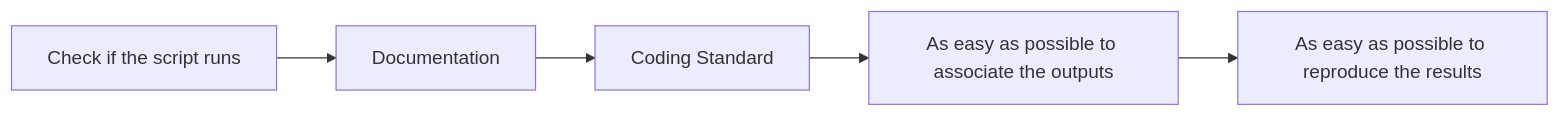
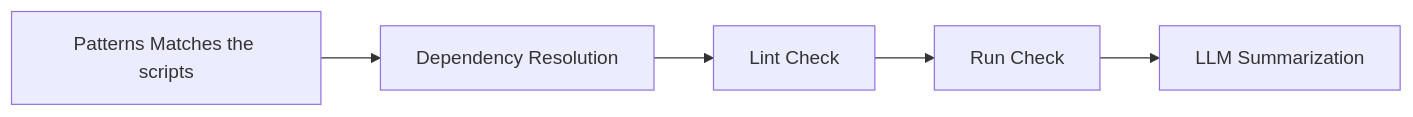
One commit to kkkamur07/repcheck changed the diagram in README.md. Above: the diagram before and after it, drawn with Mermaid. The commit also changed other lines of this file and 3 other files, not shown here.

````diff
--- a/README.md
+++ b/README.md
@@ -39,7 +54,7 @@
 ```mermaid
 flowchart LR
-	A[Check if the script runs] --> B
-	B[Documentation] --> C[Coding Standard]
-	C --> D[As easy as possible to associate the outputs]
-	D --> E[As easy as possible to reproduce the results]
+    A[Patterns Matches the scripts] --> B[Dependency Resolution]
+    B --> C[Lint Check]
+    C --> D[Run Check]
+    D --> E[LLM Summarization]
 ```
````
